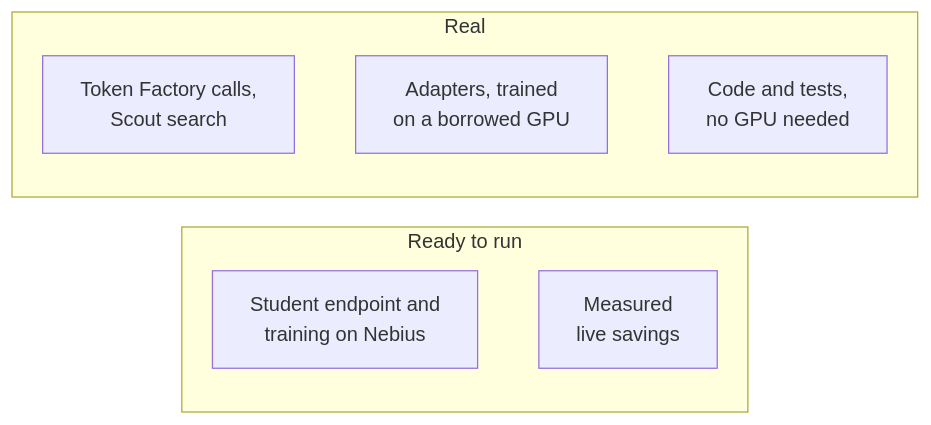
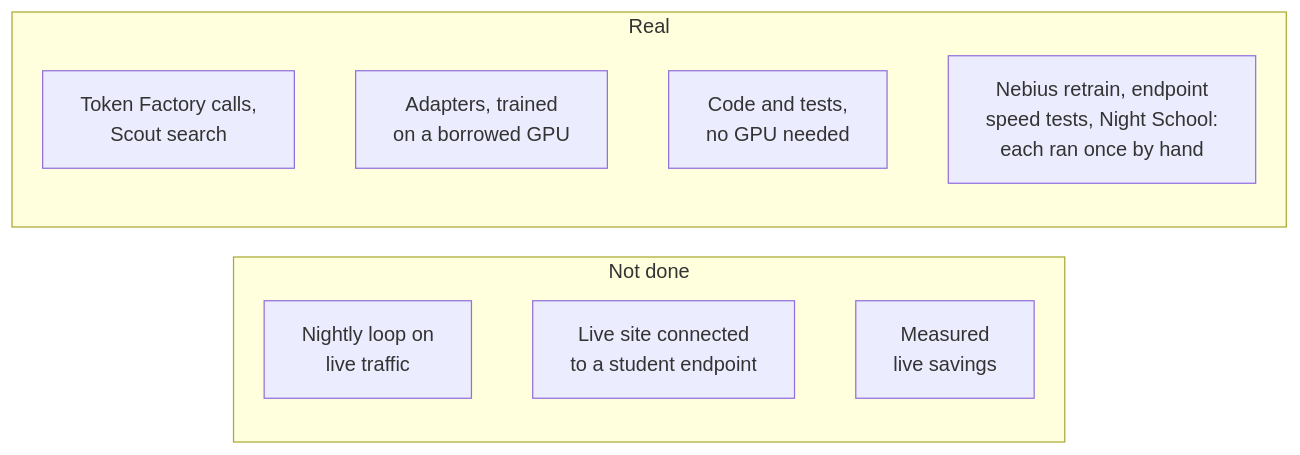
The second of 2 diagrams in docs-site/src/content/docs/guides/for-judges.mdx (harshbhx/ratchet), drawn with Mermaid before and after one commit. The commit also changed other lines of this file and 61 other files, not shown here.

Commit message:
Docs sweep, 29 Oct: green for what ran on Nebius, amber for what has not (#106)

````diff
--- a/docs-site/src/content/docs/guides/for-judges.mdx
+++ b/docs-site/src/content/docs/guides/for-judges.mdx
@@ -63,17 +63,17 @@
 ```mermaid
 %%{init: {"flowchart": {"rankSpacing": 24}}}%%
 flowchart TB
   subgraph Real["Real"]
     direction LR
-    R1["Token Factory calls,<br/>Scout search"] ~~~ R3["Adapters, trained<br/>on a borrowed GPU"] ~~~ R4["Code and tests,<br/>no GPU needed"]
+    R1["Token Factory calls,<br/>Scout search"] ~~~ R3["Adapters, trained<br/>on a borrowed GPU"] ~~~ R4["Code and tests,<br/>no GPU needed"] ~~~ R5["Nebius retrain, endpoint<br/>speed tests, Night School:<br/>each ran once by hand"]
   end
-  subgraph Not["Ready to run"]
+  subgraph Not["Not done"]
     direction LR
-    N1["Student endpoint and<br/>training on Nebius"] ~~~ N2["Measured<br/>live savings"]
+    N1["Nightly loop on<br/>live traffic"] ~~~ N3["Live site connected<br/>to a student endpoint"] ~~~ N2["Measured<br/>live savings"]
   end
   Real ~~~ Not
-  class R1,R3,R4 ok
-  class N1,N2 pending
+  class R1,R3,R4,R5 ok
+  class N1,N2,N3 pending
   class Real okZone
   class Not pendingZone
 ```
````
